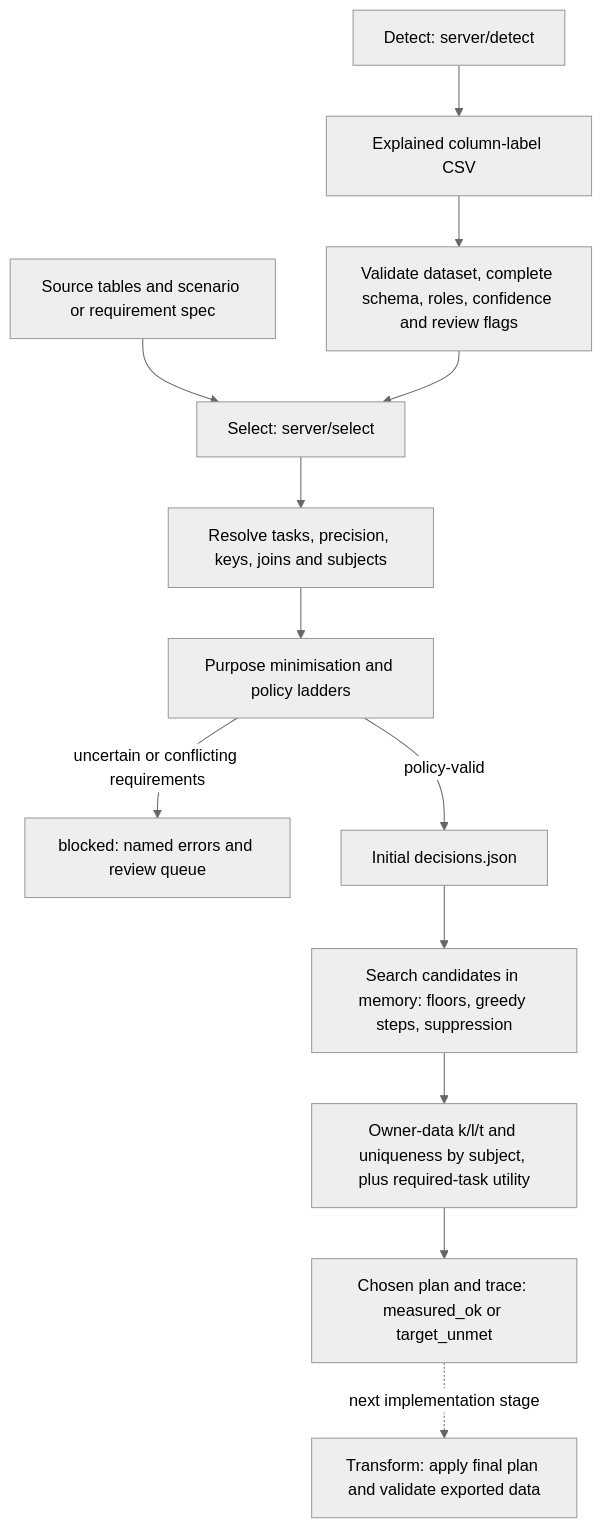
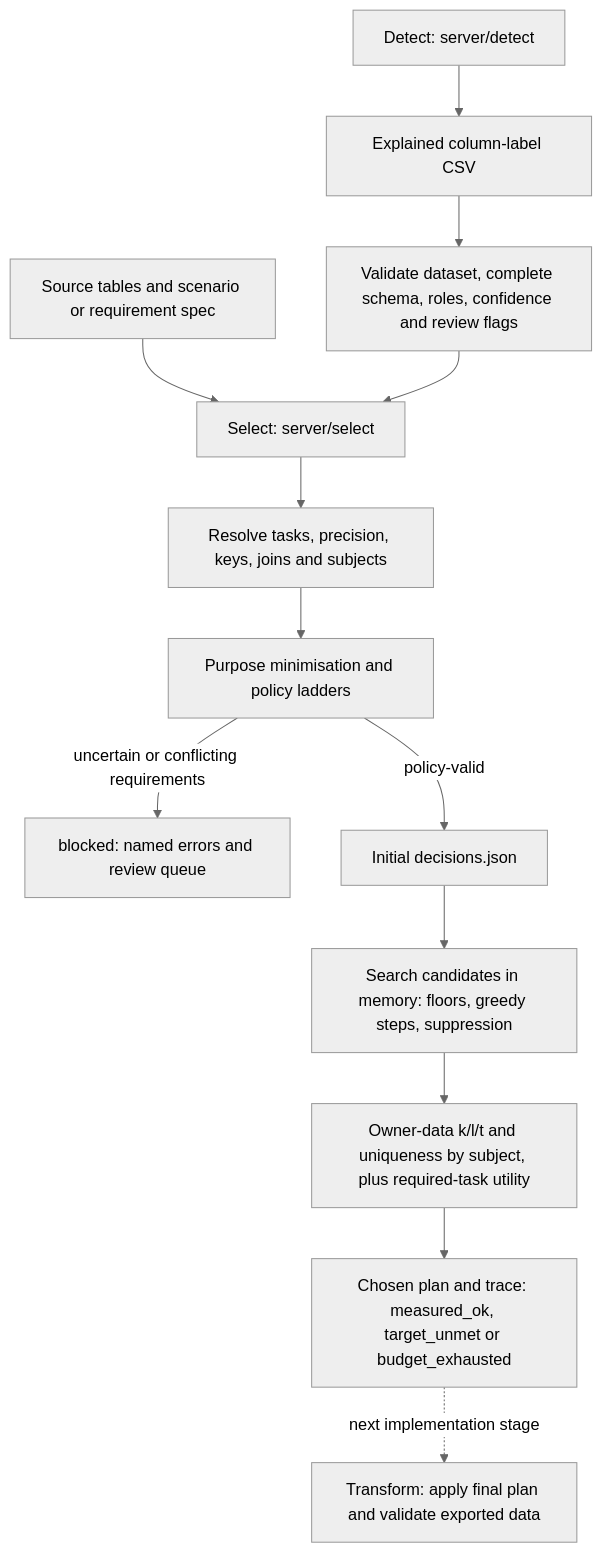
The diagram in combination.md (dedekeke/TRUSTED), drawn with Mermaid (neutral theme) before and after one commit. The commit also changed other lines of this file and 5 other files, not shown here.

````diff
--- a/combination.md
+++ b/combination.md
@@ -9,15 +9,15 @@
 ```mermaid
 flowchart TD
     D[Detect: server/detect] --> L[Explained column-label CSV]
     L --> V[Validate dataset, complete schema, roles, confidence and review flags]
     T[Source tables and scenario or requirement spec] --> S[Select: server/select]
     V --> S
     S --> R[Resolve tasks, precision, keys, joins and subjects]
     R --> P[Purpose minimisation and policy ladders]
     P -->|uncertain or conflicting requirements| B[blocked: named errors and review queue]
     P -->|policy-valid| I[Initial decisions.json]
     I --> M[Search candidates in memory: floors, greedy steps, suppression]
     M --> K[Owner-data k/l/t and uniqueness by subject, plus required-task utility]
-    K --> O[Chosen plan and trace: measured_ok or target_unmet]
+    K --> O[Chosen plan and trace: measured_ok, target_unmet or budget_exhausted]
     O -. next implementation stage .-> X[Transform: apply final plan and validate exported data]
 ```
````
